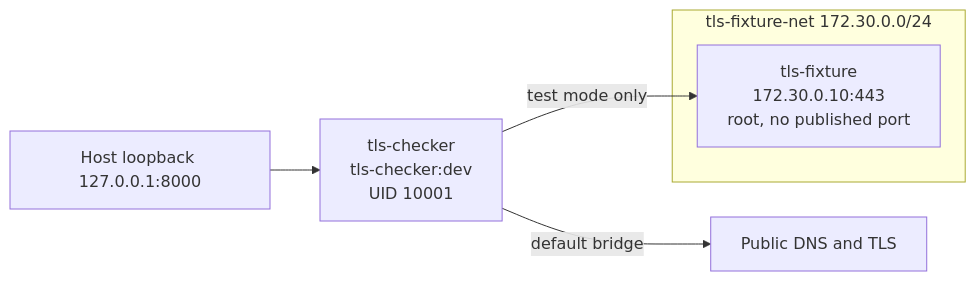
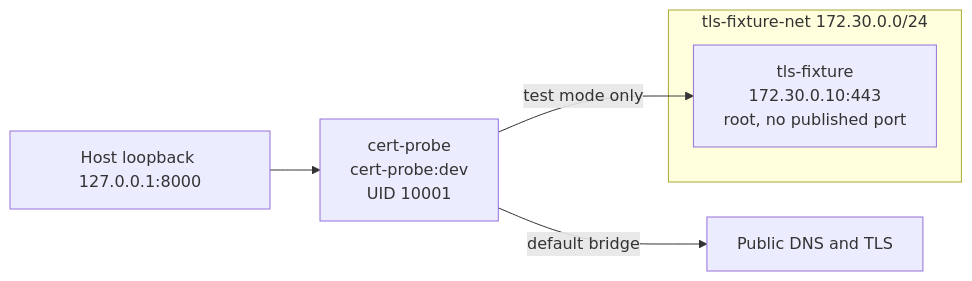
The second of 2 diagrams in README.md (sticksnstonesHURT/cert-probe), drawn with Mermaid before and after one commit. The commit also changed other lines of this file and 8 other files, not shown here.

First line of the commit message:
refactor: rename public identity to cert-probe

````diff
--- a/README.md
+++ b/README.md
@@ -260,9 +261,9 @@
 ```mermaid
 flowchart LR
-    Host["Host loopback 127.0.0.1:8000"] --> App["tls-checker<br/>tls-checker:dev<br/>UID 10001"]
+    Host["Host loopback 127.0.0.1:8000"] --> App["cert-probe<br/>cert-probe:dev<br/>UID 10001"]
     App -- "default bridge" --> Ext["Public DNS and TLS"]
     subgraph Net["tls-fixture-net 172.30.0.0/24"]
         Fix["tls-fixture<br/>172.30.0.10:443<br/>root, no published port"]
     end
     App -- "test mode only" --> Fix
 ```
````
